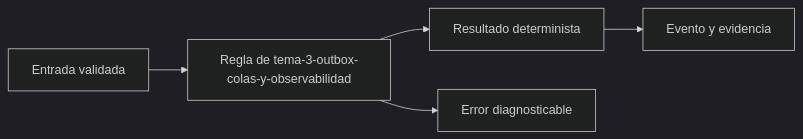
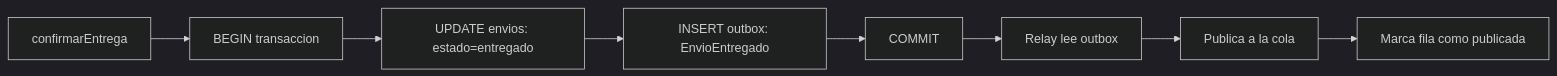
One commit to NICORUIZ93/Academia_Floci changed the sixth of 6 diagrams in web/public/content/rutaflow/modulo-2.md. Above: the diagram before and after it, drawn with Mermaid (dark theme). The commit also changed other lines of this file and 56 other files, not shown here.

````diff
--- a/web/public/content/rutaflow/modulo-2.md
+++ b/web/public/content/rutaflow/modulo-2.md
@@ -222,7 +326,10 @@
 ```mermaid
 flowchart LR
-  A[Entrada validada] --> B[Regla de tema-3-outbox-colas-y-observabilidad]
-  B --> C[Resultado determinista]
-  C --> D[Evento y evidencia]
-  B --> E[Error diagnosticable]
+  A[confirmarEntrega] --> B[BEGIN transaccion]
+  B --> C[UPDATE envios: estado=entregado]
+  C --> D[INSERT outbox: EnvioEntregado]
+  D --> E[COMMIT]
+  E --> F[Relay lee outbox]
+  F --> G[Publica a la cola]
+  G --> H[Marca fila como publicada]
 ```
````
